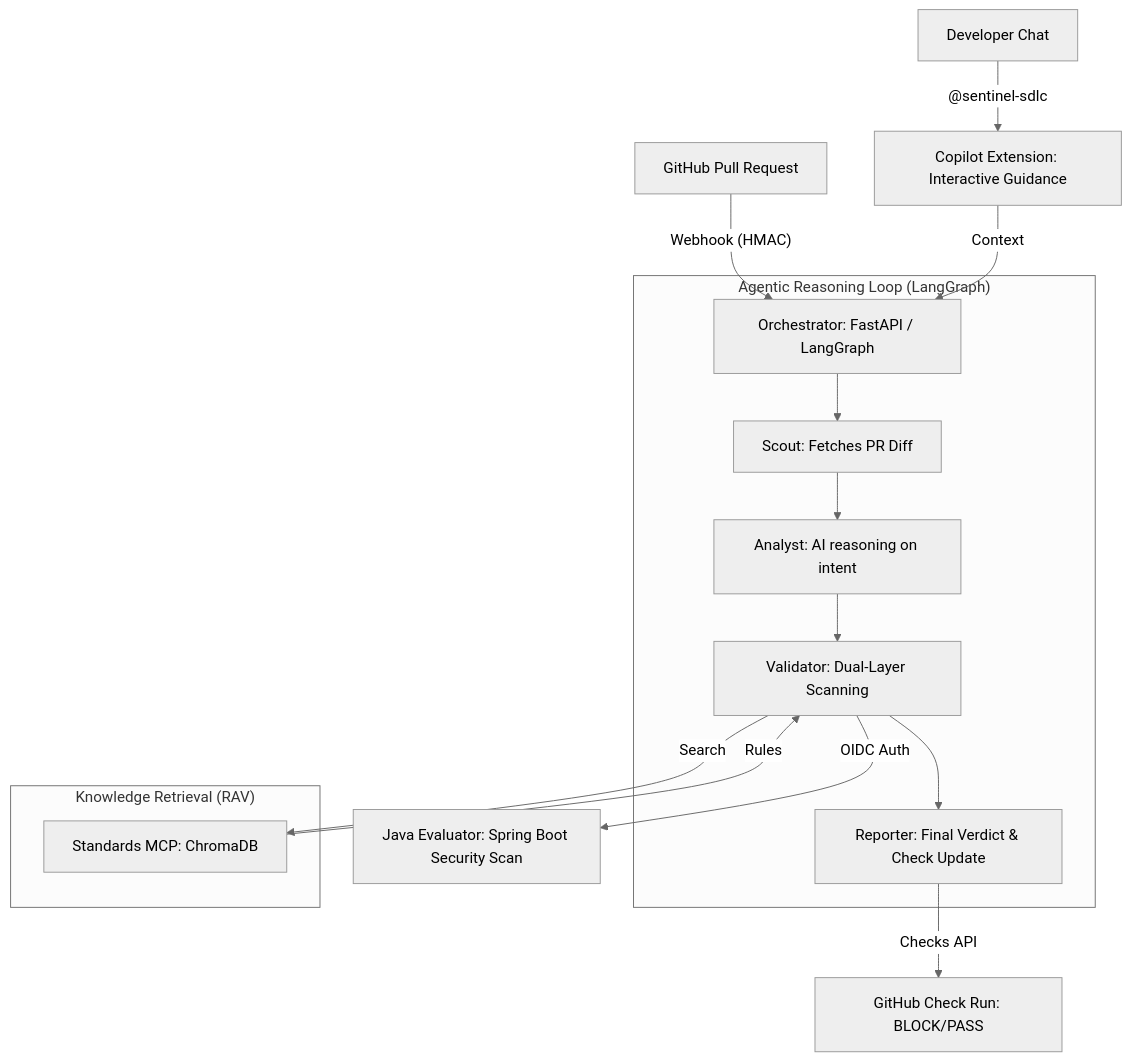
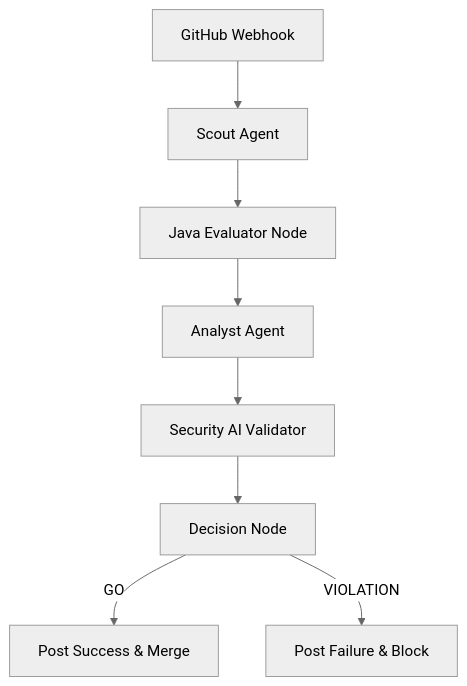
Before and after one commit to tbrom/pr-compliance-agent: the diagram in README.md, drawn with Mermaid (neutral theme). The commit also changed other lines of this file and 2 other files, not shown here.

Commit message:
chore: Final Quality Audit & Documentation Modernization (Sentinel-SDLC)

````diff
--- a/README.md
+++ b/README.md
@@ -11,22 +11,10 @@
 ```mermaid
 graph TD
-    A[GitHub Pull Request] -- Webhook (HMAC) --> B[Orchestrator: FastAPI / LangGraph]
-    
-    subgraph "Agentic Reasoning Loop (LangGraph)"
-    B --> Scout[Scout: Fetches PR Diff]
-    Scout --> Analyst[Analyst: AI reasoning on intent]
-    Analyst --> Validator[Validator: Dual-Layer Scanning]
-    Validator --> Reporter[Reporter: Final Verdict & Check Update]
-    end
-
-    subgraph "Knowledge Retrieval (RAV)"
-    Validator -- Search --> MCP_Std[Standards MCP: ChromaDB]
-    MCP_Std -- Rules --> Validator
-    end
-    
-    Validator -- OIDC Auth --> Java[Java Evaluator: Spring Boot Security Scan]
-    Reporter -- Checks API --> GH_Checks[GitHub Check Run: BLOCK/PASS]
-    
-    User[Developer Chat] -- @sentinel-sdlc --> Copilot[Copilot Extension: Interactive Guidance]
-    Copilot -- Context --> B
+    A[GitHub Webhook] --> B[Scout Agent]
+    B --> C[Java Evaluator Node]
+    C --> D[Analyst Agent]
+    D --> E[Security AI Validator]
+    E --> F[Decision Node]
+    F -->|GO| G[Post Success & Merge]
+    F -->|VIOLATION| H[Post Failure & Block]
 ```
````
